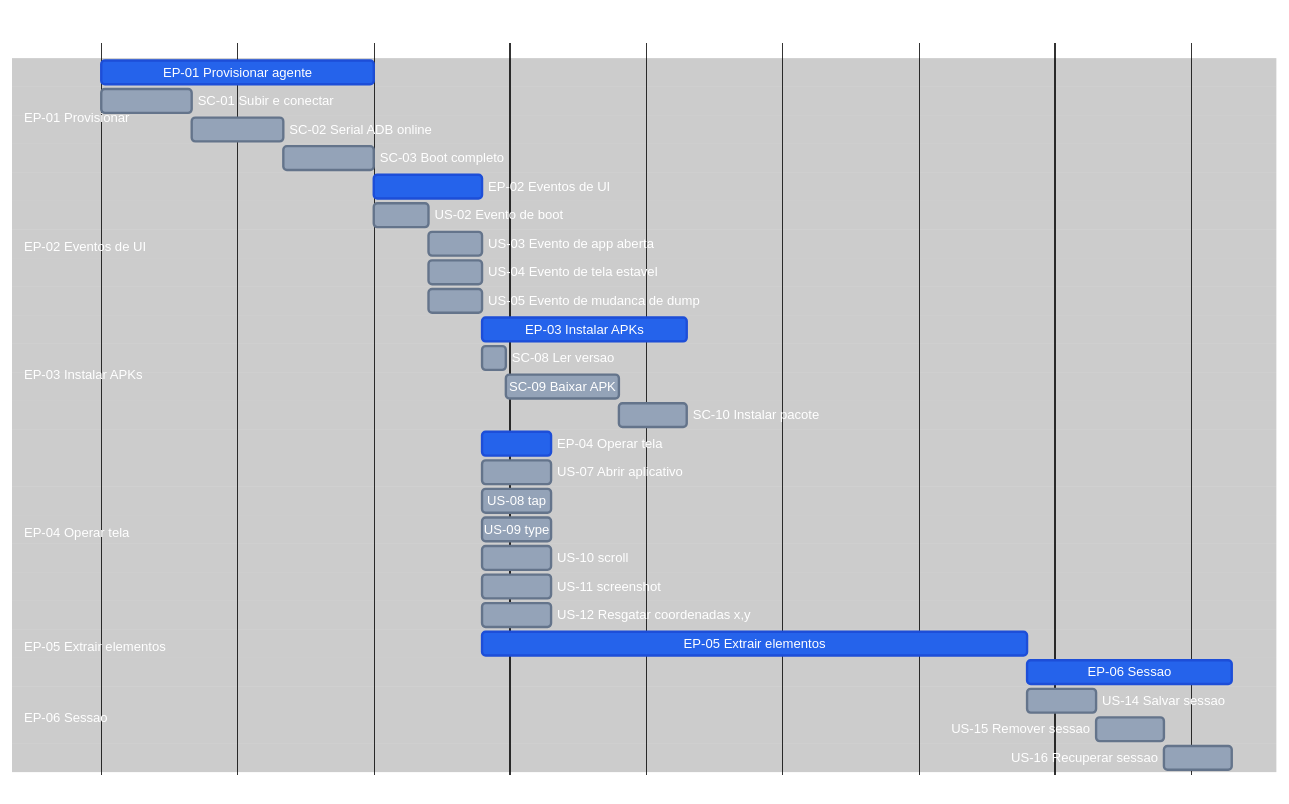
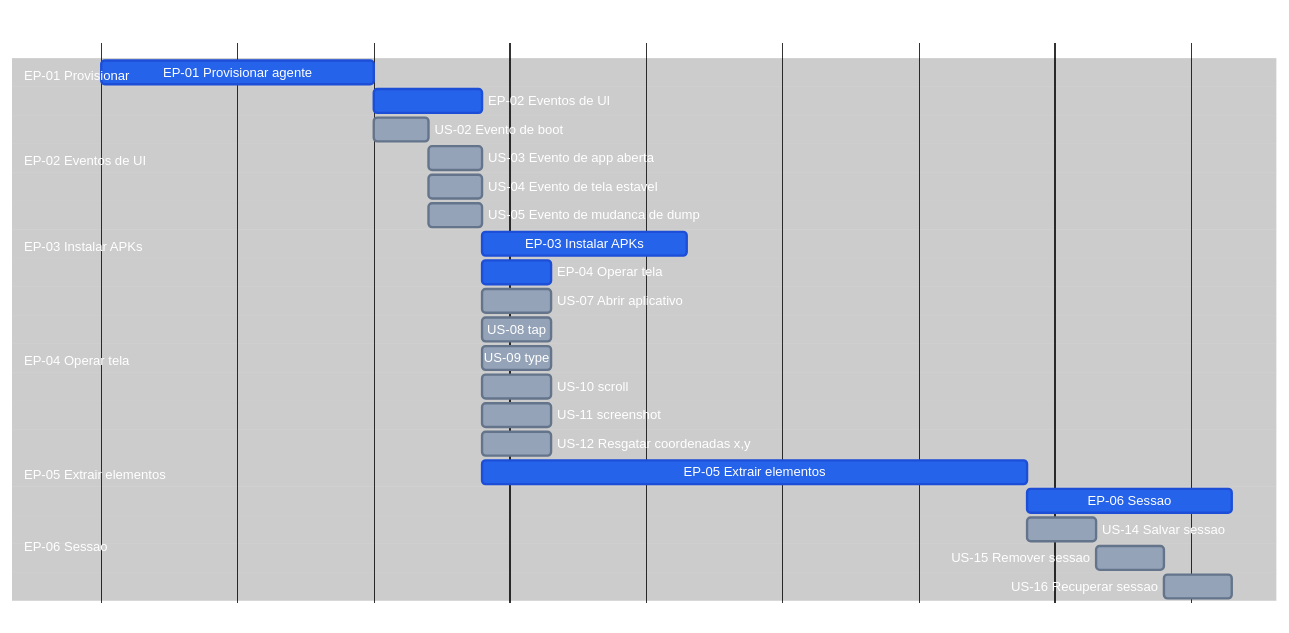
The diagram in connectmax/screen-robot/roadmap.md (laerciogermano/workstation), drawn with Mermaid before and after one commit. The commit also changed other lines of this file and 3 other files, not shown here.

Commit message:
Move o Gantt com SC para tasks; roadmap fica só com EP/US.

````diff
--- a/connectmax/screen-robot/roadmap.md
+++ b/connectmax/screen-robot/roadmap.md
@@ -9,76 +9,70 @@
 ```mermaid
 ---
 config:
   theme: base
   themeVariables:
     darkMode: true
     background: '#000000'
     primaryTextColor: '#ffffff'
     secondaryTextColor: '#ffffff'
     tertiaryTextColor: '#ffffff'
     textColor: '#ffffff'
     lineColor: '#333333'
     mainBkg: '#000000'
     secondaryColor: '#000000'
     tertiaryColor: '#000000'
     sectionBkgColor: '#000000'
     sectionBkgColor2: '#000000'
     altSectionBkgColor: '#000000'
     gridColor: '#222222'
     excludeBkgColor: '#000000'
     todayLineColor: '#444444'
     doneTaskBkgColor: '#2563eb'
     doneTaskBorderColor: '#1d4ed8'
     taskBkgColor: '#94a3b8'
     taskBorderColor: '#64748b'
     taskTextColor: '#ffffff'
     taskTextDarkColor: '#ffffff'
     taskTextLightColor: '#ffffff'
     taskTextOutsideColor: '#ffffff'
     critBkgColor: '#2563eb'
     critBorderColor: '#1d4ed8'
     activeTaskBkgColor: '#94a3b8'
     activeTaskBorderColor: '#64748b'
 ---
 gantt
-  title screen-robot EP / US / SC
+  title screen-robot EP / US
   dateFormat X
   axisFormat %s
 
   section EP-01 Provisionar
   EP-01 Provisionar agente              :done, ep01, 0, 60m
-  SC-01 Subir e conectar                :sc01, 0, 20m
-  SC-02 Serial ADB online               :sc02, after sc01, 20m
-  SC-03 Boot completo                   :sc03, after sc02, 20m
 
   section EP-02 Eventos de UI
   EP-02 Eventos de UI                   :done, ep02, after ep01, 24m
   US-02 Evento de boot                  :us02, after ep01, 12m
   US-03 Evento de app aberta            :us03, after us02, 12m
   US-04 Evento de tela estavel          :us04, after us02, 12m
   US-05 Evento de mudanca de dump       :us05, after us02, 12m
 
   section EP-03 Instalar APKs
   EP-03 Instalar APKs                   :done, ep03, after us05, 45m
-  SC-08 Ler versao                      :sc08, after us05, 5m
-  SC-09 Baixar APK                      :sc09, after sc08, 25m
-  SC-10 Instalar pacote                 :sc10, after sc09, 15m
 
   section EP-04 Operar tela
   EP-04 Operar tela                     :done, ep04, after us05, 15m
   US-07 Abrir aplicativo                :us07, after us05, 15m
   US-08 tap                             :us08, after us05, 15m
   US-09 type                            :us09, after us05, 15m
   US-10 scroll                          :us10, after us05, 15m
   US-11 screenshot                      :us11, after us05, 15m
   US-12 Resgatar coordenadas x,y        :us12, after us05, 15m
 
   section EP-05 Extrair elementos
   EP-05 Extrair elementos               :done, ep05, after us05, 120m
 
   section EP-06 Sessao
   EP-06 Sessao                          :done, ep06, after ep05, 45m
   US-14 Salvar sessao                   :us14, after ep05, 15m
   US-15 Remover sessao                  :us15, after us14, 15m
   US-16 Recuperar sessao                :us16, after us15, 15m
 ```
````
